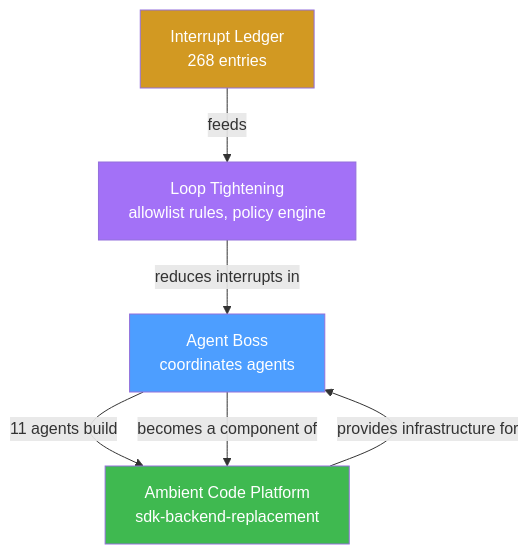
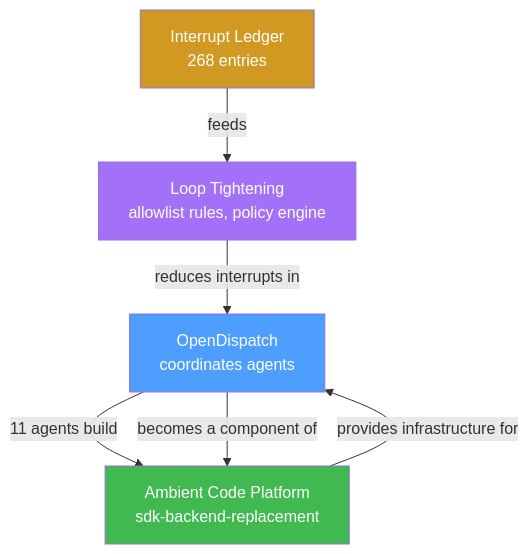
Diagram 13 of 14 in docs/agent-boss-factory-proposal.md (jsell-rh/agent-boss), drawn with Mermaid before and after one commit. The commit also changed other lines of this file and 38 other files, not shown here.

First line of the commit message:
feat(rebrand): Agent Boss → OpenDispatch/oDispatch/odis (TASK-128)

````diff
--- a/docs/agent-boss-factory-proposal.md
+++ b/docs/agent-boss-factory-proposal.md
@@ -500,13 +500,13 @@
 ```mermaid
 graph TD
-    AB[Agent Boss<br/>coordinates agents] -->|"11 agents build"| ACP[Ambient Code Platform<br/>sdk-backend-replacement]
+    AB[OpenDispatch<br/>coordinates agents] -->|"11 agents build"| ACP[Ambient Code Platform<br/>sdk-backend-replacement]
     ACP -->|"provides infrastructure for"| AB
     IL[Interrupt Ledger<br/>268 entries] -->|"feeds"| LT[Loop Tightening<br/>allowlist rules, policy engine]
     LT -->|"reduces interrupts in"| AB
     AB -->|"becomes a component of"| ACP
 
     style AB fill:#4d9eff,color:#fff
     style ACP fill:#3fb950,color:#fff
     style IL fill:#d29922,color:#fff
     style LT fill:#a371f7,color:#fff
 ```
````
